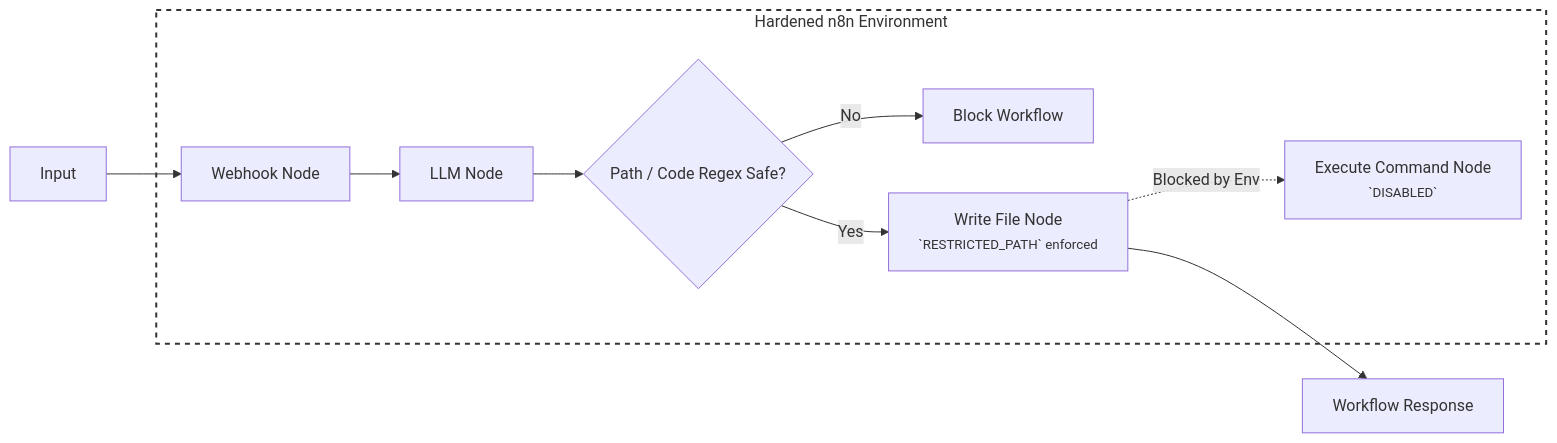
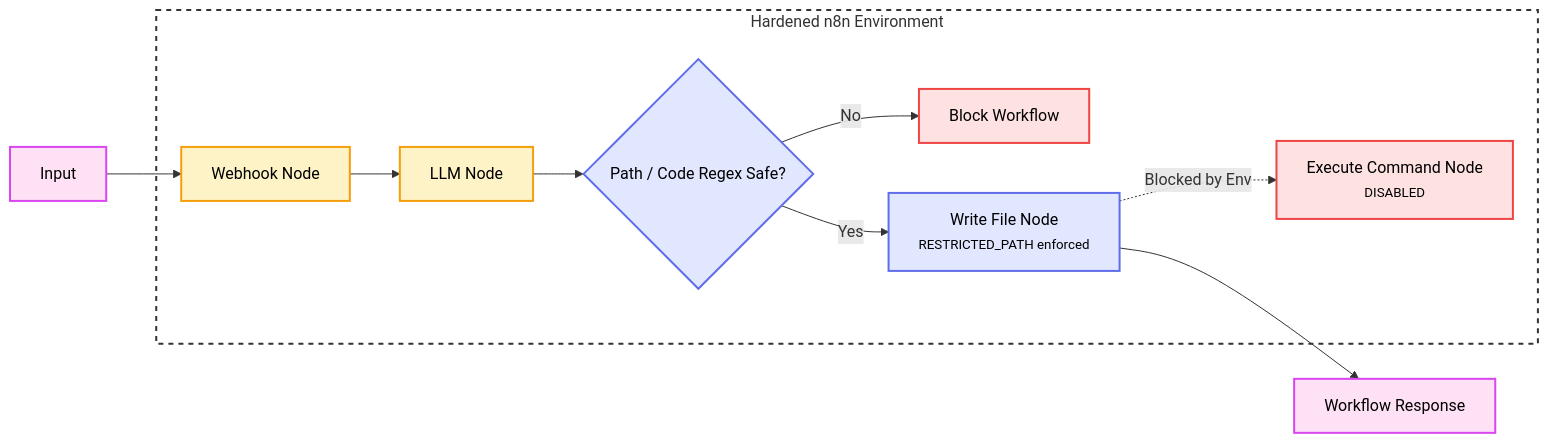
Before and after one commit to felipepenha/gurple: the second of 2 diagrams in docs/threats/workflow_injection/remote_code_execution.md, drawn with Mermaid. The commit also changed other lines of this file and 5 other files, not shown here.

Commit message:
style(threats): standardize mermaid diagrams and font styling

````diff
--- a/docs/threats/workflow_injection/remote_code_execution.md
+++ b/docs/threats/workflow_injection/remote_code_execution.md
@@ -206,29 +214,39 @@
 ```mermaid
 flowchart LR
 
-    InputA[Input]
+    InputA["Input"]
 
     subgraph dashed_box ["Hardened n8n Environment"]
-    Webhook[Webhook Node]
-    LLM[LLM Node]
+    Webhook["Webhook Node"]
+    LLM["LLM Node"]
 
     OutputValidation{"Path / Code Regex Safe?"}
-    BlockValidation[Block Workflow]
+    BlockValidation["Block Workflow"]
     
-    FileWrite[Write File Node<br /><small>`RESTRICTED_PATH` enforced</small>]
-    ExecNode[Execute Command Node<br /><small>`DISABLED`</small>]
+    FileWrite["<span style='color:#000'>Write File Node</span><br /><small style='color:#000'>RESTRICTED_PATH enforced</small>"]
+    ExecNode["<span style='color:#000'>Execute Command Node</span><br /><small style='color:#000'>DISABLED</small>"]
     end
 
-    FinalOutput[Workflow Response]
+    FinalOutput["Workflow Response"]
 
     InputA --> Webhook
     Webhook --> LLM
     LLM --> OutputValidation
-    OutputValidation -- Yes --> FileWrite
-    OutputValidation -- No --> BlockValidation
+    OutputValidation -- "Yes" --> FileWrite
+    OutputValidation -- "No" --> BlockValidation
     
-    FileWrite -.->|Blocked by Env| ExecNode
+    FileWrite -.->|"Blocked by Env"| ExecNode
     FileWrite --> FinalOutput
+
+    classDef red fill:#fee2e2,stroke:#ef4444,stroke-width:2px,color:#000;
+    classDef yellow fill:#fef3c7,stroke:#f59e0b,stroke-width:2px,color:#000;
+    classDef blue fill:#e0e7ff,stroke:#5f6de9,stroke-width:2px,color:#000;
+    classDef purple fill:#ffe1f5,stroke:#d946ef,stroke-width:2px,color:#000;
+
+    class InputA,FinalOutput purple;
+    class OutputValidation,FileWrite blue;
+    class BlockValidation,ExecNode red;
+    class Webhook,LLM yellow;
 
     style dashed_box stroke-dasharray: 5 5, fill:none,stroke:#333,stroke-width:2px;
 ```
````
